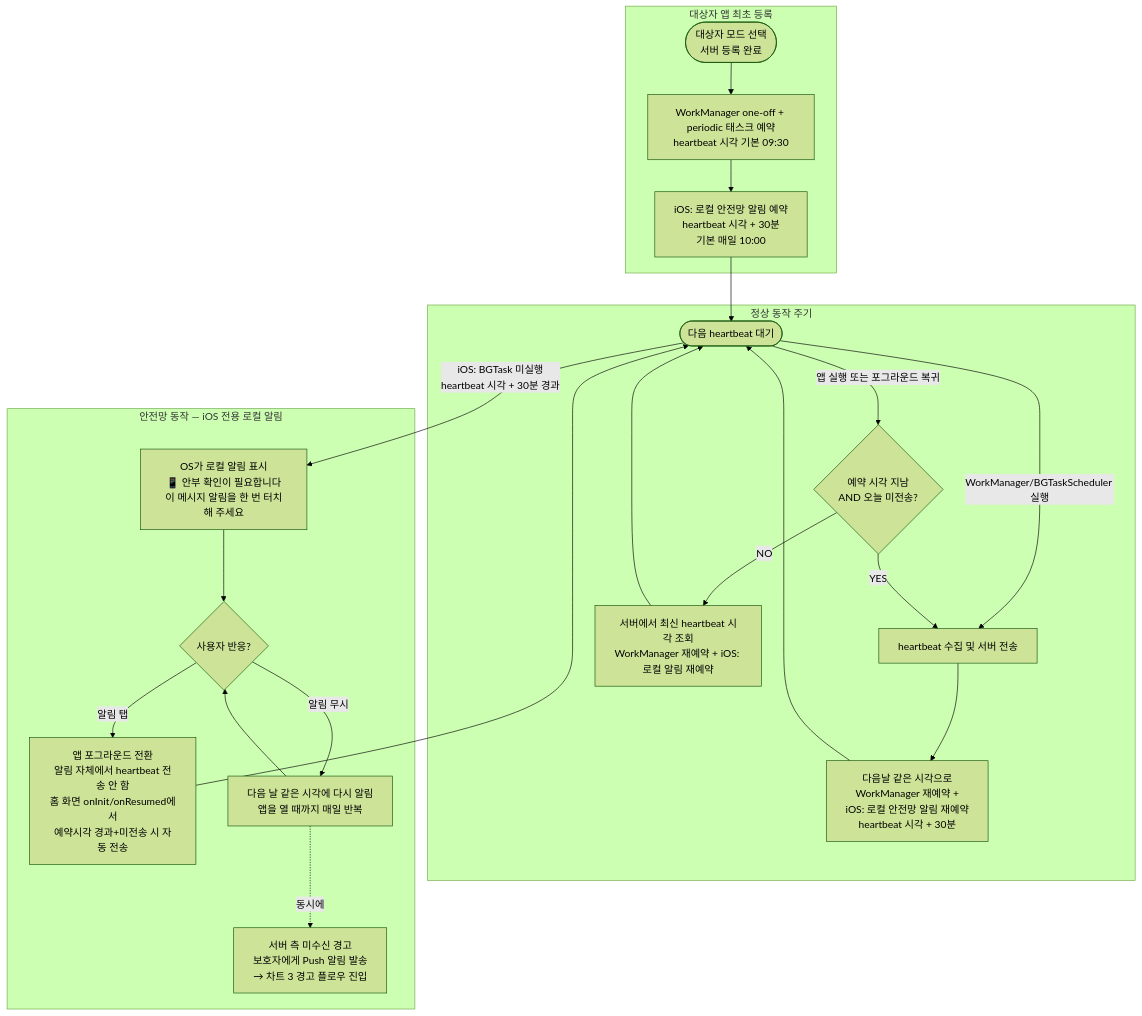
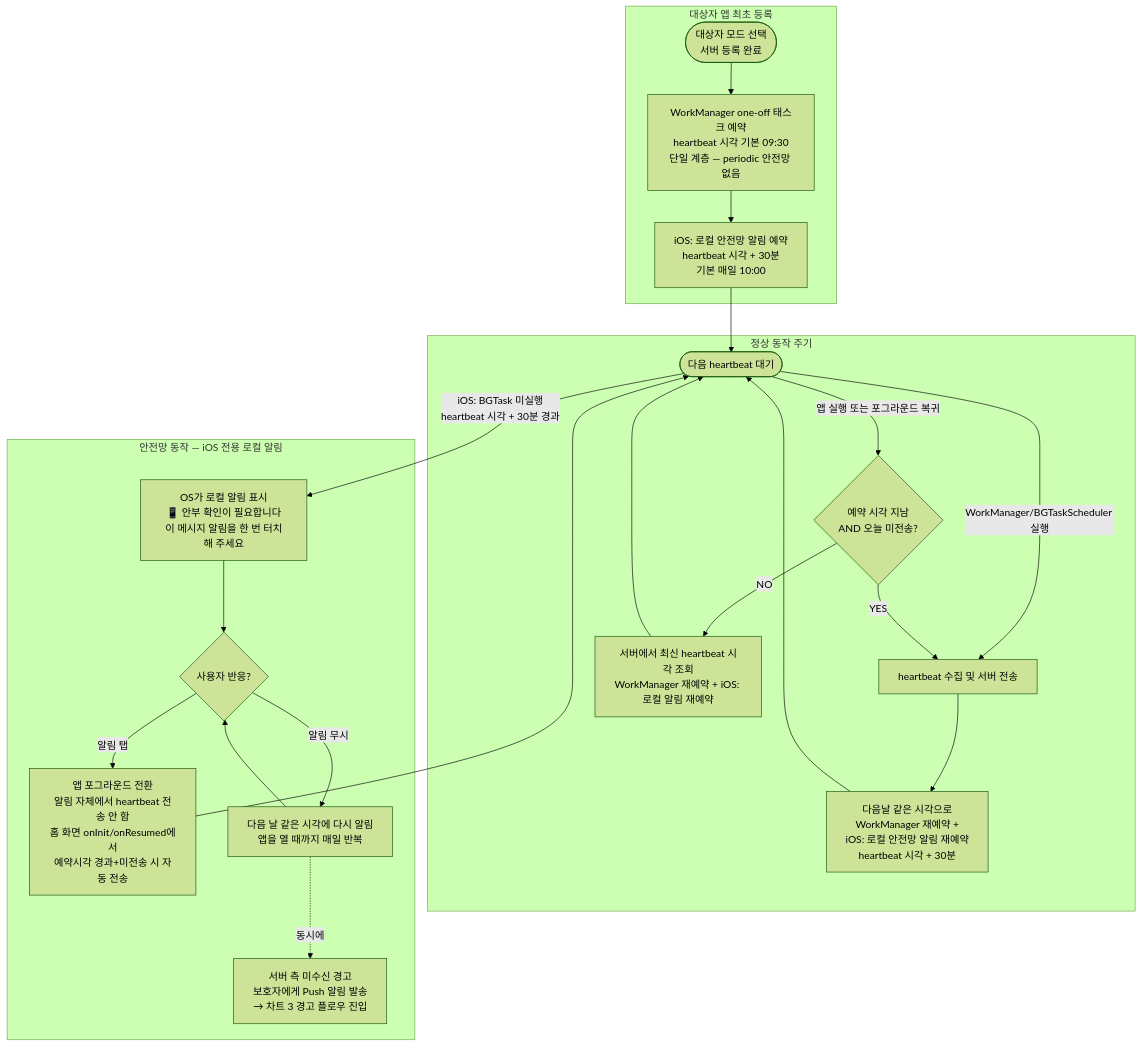
The eighth of 8 diagrams in .claude/rules/heartbeat_flowchart.md (l10s18bok/kr.co.anbucheck), drawn with Mermaid (forest theme) before and after one commit. The commit also changed other lines of this file and 2 other files, not shown here.

First line of the commit message:
문서: WorkManager periodic 안전망 드롭 반영

````diff
--- a/.claude/rules/heartbeat_flowchart.md
+++ b/.claude/rules/heartbeat_flowchart.md
@@ -280,37 +280,37 @@
 ```mermaid
 flowchart TD
     subgraph 최초설치[대상자 앱 최초 등록]
         Install([대상자 모드 선택<br/>서버 등록 완료])
-        Install --> FirstWM[WorkManager one-off + periodic 태스크 예약<br/>heartbeat 시각 기본 09:30]
+        Install --> FirstWM[WorkManager one-off 태스크 예약<br/>heartbeat 시각 기본 09:30<br/>단일 계층 — periodic 안전망 없음]
         FirstWM --> FirstAlarm[iOS: 로컬 안전망 알림 예약<br/>heartbeat 시각 + 30분<br/>기본 매일 10:00]
     end
 
     FirstAlarm --> Wait
 
     subgraph 정상주기[정상 동작 주기]
         Wait([다음 heartbeat 대기])
         Wait -->|WorkManager/BGTaskScheduler 실행| Collect[heartbeat 수집 및 서버 전송]
         Collect --> Reschedule[다음날 같은 시각으로<br/>WorkManager 재예약 +<br/>iOS: 로컬 안전망 알림 재예약<br/>heartbeat 시각 + 30분]
         Reschedule --> Wait
         Wait -->|앱 실행 또는 포그라운드 복귀| AutoSend{예약 시각 지남<br/>AND 오늘 미전송?}
         AutoSend -->|YES| Collect
         AutoSend -->|NO| ServerSync[서버에서 최신 heartbeat 시각 조회<br/>WorkManager 재예약 + iOS: 로컬 알림 재예약]
         ServerSync --> Wait
     end
 
     Wait -->|iOS: BGTask 미실행<br/>heartbeat 시각 + 30분 경과| Alarm
 
     subgraph 안전망[안전망 동작 — iOS 전용 로컬 알림]
         Alarm[OS가 로컬 알림 표시<br/>📱 안부 확인이 필요합니다<br/>이 메시지 알림을 한 번 터치해 주세요]
 
         Alarm --> UserAction{사용자 반응?}
 
         UserAction -->|알림 탭| AppOpen[앱 포그라운드 전환<br/>알림 자체에서 heartbeat 전송 안 함<br/>홈 화면 onInit/onResumed에서<br/>예약시각 경과+미전송 시 자동 전송]
         AppOpen --> Wait
 
         UserAction -->|알림 무시| Repeat[다음 날 같은 시각에 다시 알림<br/>앱을 열 때까지 매일 반복]
         Repeat --> UserAction
 
         Repeat -.->|동시에| ServerAlert[서버 측 미수신 경고<br/>보호자에게 Push 알림 발송<br/>→ 차트 3 경고 플로우 진입]
     end
 ```
````
